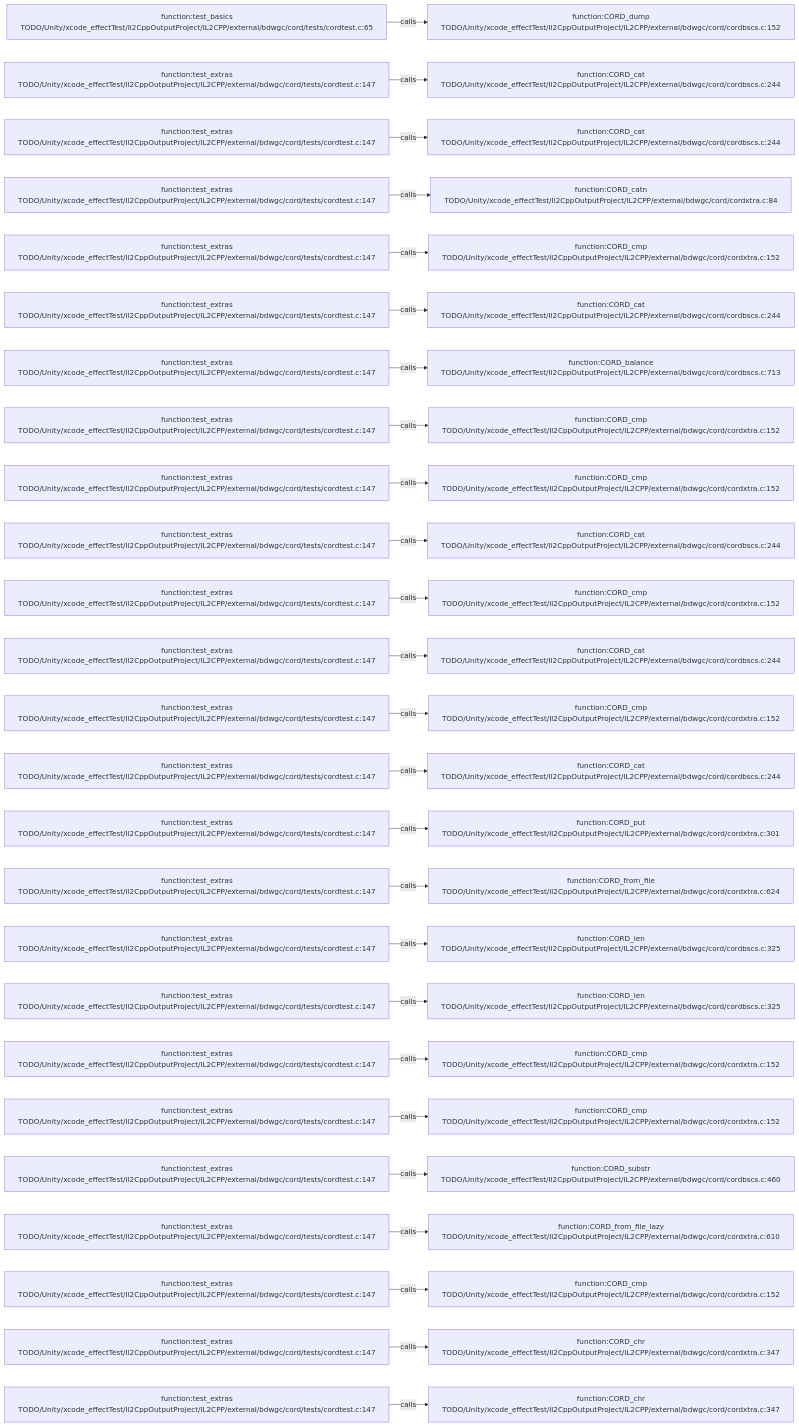
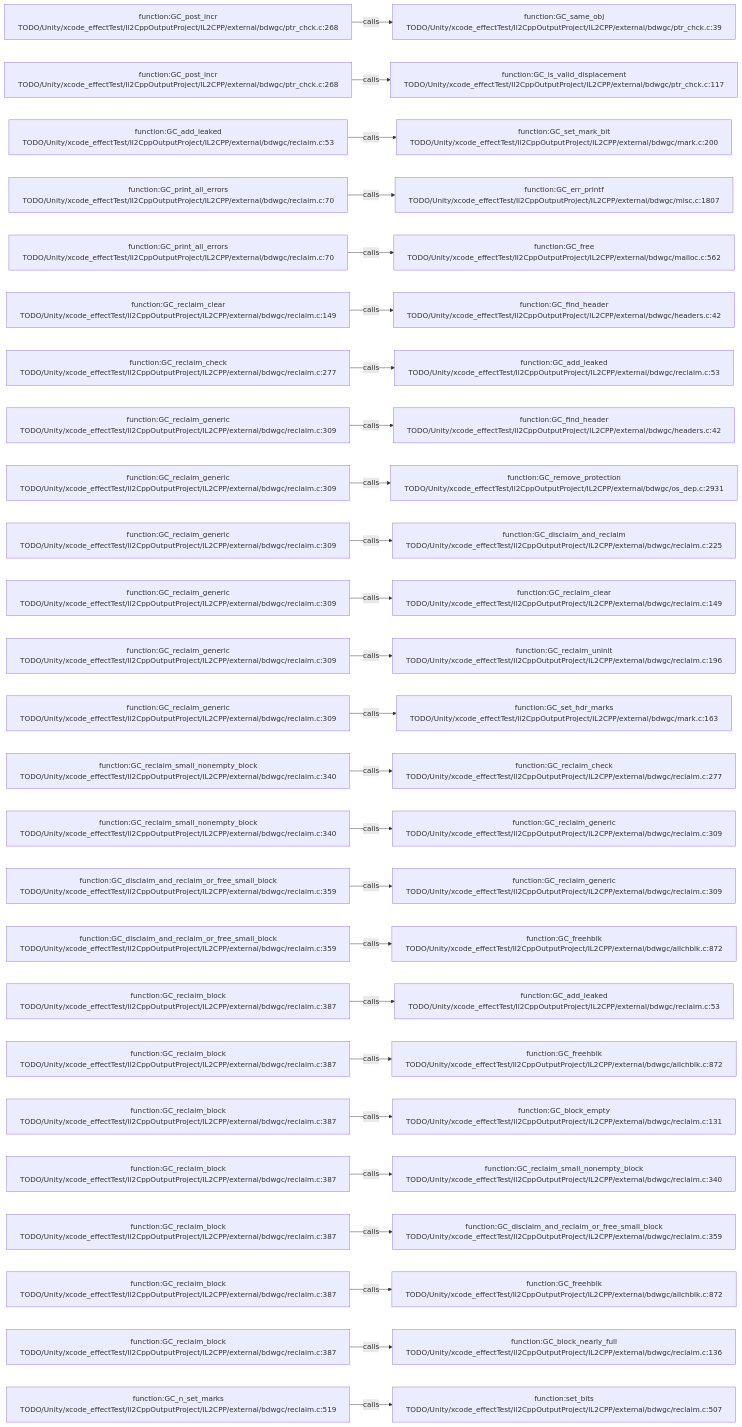
One commit to JobsKits/JobsSwiftBaseConfigDemo changed the diagram in .codegraph/codegraph.md/graphs/calls-157.md. Above: the diagram before and after it, drawn with Mermaid. The commit also changed 227 other files, not shown here.

````diff
--- a/.codegraph/codegraph.md/graphs/calls-157.md
+++ b/.codegraph/codegraph.md/graphs/calls-157.md
@@ -13,78 +13,78 @@
 ```mermaid
 flowchart LR
-  S1["function:test_basics<br/>TODO/Unity/xcode_effectTest/Il2CppOutputProject/IL2CPP/external/bdwgc/cord/tests/cordtest.c:65"]
-  T1["function:CORD_dump<br/>TODO/Unity/xcode_effectTest/Il2CppOutputProject/IL2CPP/external/bdwgc/cord/cordbscs.c:152"]
+  S1["function:GC_post_incr<br/>TODO/Unity/xcode_effectTest/Il2CppOutputProject/IL2CPP/external/bdwgc/ptr_chck.c:268"]
+  T1["function:GC_same_obj<br/>TODO/Unity/xcode_effectTest/Il2CppOutputProject/IL2CPP/external/bdwgc/ptr_chck.c:39"]
   S1 -->|calls| T1
-  S2["function:test_extras<br/>TODO/Unity/xcode_effectTest/Il2CppOutputProject/IL2CPP/external/bdwgc/cord/tests/cordtest.c:147"]
-  T2["function:CORD_cat<br/>TODO/Unity/xcode_effectTest/Il2CppOutputProject/IL2CPP/external/bdwgc/cord/cordbscs.c:244"]
+  S2["function:GC_post_incr<br/>TODO/Unity/xcode_effectTest/Il2CppOutputProject/IL2CPP/external/bdwgc/ptr_chck.c:268"]
+  T2["function:GC_is_valid_displacement<br/>TODO/Unity/xcode_effectTest/Il2CppOutputProject/IL2CPP/external/bdwgc/ptr_chck.c:117"]
   S2 -->|calls| T2
-  S3["function:test_extras<br/>TODO/Unity/xcode_effectTest/Il2CppOutputProject/IL2CPP/external/bdwgc/cord/tests/cordtest.c:147"]
-  T3["function:CORD_cat<br/>TODO/Unity/xcode_effectTest/Il2CppOutputProject/IL2CPP/external/bdwgc/cord/cordbscs.c:244"]
+  S3["function:GC_add_leaked<br/>TODO/Unity/xcode_effectTest/Il2CppOutputProject/IL2CPP/external/bdwgc/reclaim.c:53"]
+  T3["function:GC_set_mark_bit<br/>TODO/Unity/xcode_effectTest/Il2CppOutputProject/IL2CPP/external/bdwgc/mark.c:200"]
   S3 -->|calls| T3
-  S4["function:test_extras<br/>TODO/Unity/xcode_effectTest/Il2CppOutputProject/IL2CPP/external/bdwgc/cord/tests/cordtest.c:147"]
-  T4["function:CORD_catn<br/>TODO/Unity/xcode_effectTest/Il2CppOutputProject/IL2CPP/external/bdwgc/cord/cordxtra.c:84"]
+  S4["function:GC_print_all_errors<br/>TODO/Unity/xcode_effectTest/Il2CppOutputProject/IL2CPP/external/bdwgc/reclaim.c:70"]
+  T4["function:GC_err_printf<br/>TODO/Unity/xcode_effectTest/Il2CppOutputProject/IL2CPP/external/bdwgc/misc.c:1807"]
   S4 -->|calls| T4
-  S5["function:test_extras<br/>TODO/Unity/xcode_effectTest/Il2CppOutputProject/IL2CPP/external/bdwgc/cord/tests/cordtest.c:147"]
-  T5["function:CORD_cmp<br/>TODO/Unity/xcode_effectTest/Il2CppOutputProject/IL2CPP/external/bdwgc/cord/cordxtra.c:152"]
+  S5["function:GC_print_all_errors<br/>TODO/Unity/xcode_effectTest/Il2CppOutputProject/IL2CPP/external/bdwgc/reclaim.c:70"]
+  T5["function:GC_free<br/>TODO/Unity/xcode_effectTest/Il2CppOutputProject/IL2CPP/external/bdwgc/malloc.c:562"]
   S5 -->|calls| T5
-  S6["function:test_extras<br/>TODO/Unity/xcode_effectTest/Il2CppOutputProject/IL2CPP/external/bdwgc/cord/tests/cordtest.c:147"]
-  T6["function:CORD_cat<br/>TODO/Unity/xcode_effectTest/Il2CppOutputProject/IL2CPP/external/bdwgc/cord/cordbscs.c:244"]
+  S6["function:GC_reclaim_clear<br/>TODO/Unity/xcode_effectTest/Il2CppOutputProject/IL2CPP/external/bdwgc/reclaim.c:149"]
+  T6["function:GC_find_header<br/>TODO/Unity/xcode_effectTest/Il2CppOutputProject/IL2CPP/external/bdwgc/headers.c:42"]
   S6 -->|calls| T6
-  S7["function:test_extras<br/>TODO/Unity/xcode_effectTest/Il2CppOutputProject/IL2CPP/external/bdwgc/cord/tests/cordtest.c:147"]
-  T7["function:CORD_balance<br/>TODO/Unity/xcode_effectTest/Il2CppOutputProject/IL2CPP/external/bdwgc/cord/cordbscs.c:713"]
+  S7["function:GC_reclaim_check<br/>TODO/Unity/xcode_effectTest/Il2CppOutputProject/IL2CPP/external/bdwgc/reclaim.c:277"]
+  T7["function:GC_add_leaked<br/>TODO/Unity/xcode_effectTest/Il2CppOutputProject/IL2CPP/external/bdwgc/reclaim.c:53"]
   S7 -->|calls| T7
-  S8["function:test_extras<br/>TODO/Unity/xcode_effectTest/Il2CppOutputProject/IL2CPP/external/bdwgc/cord/tests/cordtest.c:147"]
-  T8["function:CORD_cmp<br/>TODO/Unity/xcode_effectTest/Il2CppOutputProject/IL2CPP/external/bdwgc/cord/cordxtra.c:152"]
+  S8["function:GC_reclaim_generic<br/>TODO/Unity/xcode_effectTest/Il2CppOutputProject/IL2CPP/external/bdwgc/reclaim.c:309"]
+  T8["function:GC_find_header<br/>TODO/Unity/xcode_effectTest/Il2CppOutputProject/IL2CPP/external/bdwgc/headers.c:42"]
   S8 -->|calls| T8
-  S9["function:test_extras<br/>TODO/Unity/xcode_effectTest/Il2CppOutputProject/IL2CPP/external/bdwgc/cord/tests/cordtest.c:147"]
-  T9["function:CORD_cmp<br/>TODO/Unity/xcode_effectTest/Il2CppOutputProject/IL2CPP/external/bdwgc/cord/cordxtra.c:152"]
+  S9["function:GC_reclaim_generic<br/>TODO/Unity/xcode_effectTest/Il2CppOutputProject/IL2CPP/external/bdwgc/reclaim.c:309"]
+  T9["function:GC_remove_protection<br/>TODO/Unity/xcode_effectTest/Il2CppOutputProject/IL2CPP/external/bdwgc/os_dep.c:2931"]
   S9 -->|calls| T9
-  S10["function:test_extras<br/>TODO/Unity/xcode_effectTest/Il2CppOutputProject/IL2CPP/external/bdwgc/cord/tests/cordtest.c:147"]
-  T10["function:CORD_cat<br/>TODO/Unity/xcode_effectTest/Il2CppOutputProject/IL2CPP/external/bdwgc/cord/cordbscs.c:244"]
+  S10["function:GC_reclaim_generic<br/>TODO/Unity/xcode_effectTest/Il2CppOutputProject/IL2CPP/external/bdwgc/reclaim.c:309"]
+  T10["function:GC_disclaim_and_reclaim<br/>TODO/Unity/xcode_effectTest/Il2CppOutputProject/IL2CPP/external/bdwgc/reclaim.c:225"]
   S10 -->|calls| T10
-  S11["function:test_extras<br/>TODO/Unity/xcode_effectTest/Il2CppOutputProject/IL2CPP/external/bdwgc/cord/tests/cordtest.c:147"]
-  T11["function:CORD_cmp<br/>TODO/Unity/xcode_effectTest/Il2CppOutputProject/IL2CPP/external/bdwgc/cord/cordxtra.c:152"]
+  S11["function:GC_reclaim_generic<br/>TODO/Unity/xcode_effectTest/Il2CppOutputProject/IL2CPP/external/bdwgc/reclaim.c:309"]
+  T11["function:GC_reclaim_clear<br/>TODO/Unity/xcode_effectTest/Il2CppOutputProject/IL2CPP/external/bdwgc/reclaim.c:149"]
   S11 -->|calls| T11
-  S12["function:test_extras<br/>TODO/Unity/xcode_effectTest/Il2CppOutputProject/IL2CPP/external/bdwgc/cord/tests/cordtest.c:147"]
-  T12["function:CORD_cat<br/>TODO/Unity/xcode_effectTest/Il2CppOutputProject/IL2CPP/external/bdwgc/cord/cordbscs.c:244"]
+  S12["function:GC_reclaim_generic<br/>TODO/Unity/xcode_effectTest/Il2CppOutputProject/IL2CPP/external/bdwgc/reclaim.c:309"]
+  T12["function:GC_reclaim_uninit<br/>TODO/Unity/xcode_effectTest/Il2CppOutputProject/IL2CPP/external/bdwgc/reclaim.c:196"]
   S12 -->|calls| T12
-  S13["function:test_extras<br/>TODO/Unity/xcode_effectTest/Il2CppOutputProject/IL2CPP/external/bdwgc/cord/tests/cordtest.c:147"]
-  T13["function:CORD_cmp<br/>TODO/Unity/xcode_effectTest/Il2CppOutputProject/IL2CPP/external/bdwgc/cord/cordxtra.c:152"]
+  S13["function:GC_reclaim_generic<br/>TODO/Unity/xcode_effectTest/Il2CppOutputProject/IL2CPP/external/bdwgc/reclaim.c:309"]
+  T13["function:GC_set_hdr_marks<br/>TODO/Unity/xcode_effectTest/Il2CppOutputProject/IL2CPP/external/bdwgc/mark.c:163"]
   S13 -->|calls| T13
-  S14["function:test_extras<br/>TODO/Unity/xcode_effectTest/Il2CppOutputProject/IL2CPP/external/bdwgc/cord/tests/cordtest.c:147"]
-  T14["function:CORD_cat<br/>TODO/Unity/xcode_effectTest/Il2CppOutputProject/IL2CPP/external/bdwgc/cord/cordbscs.c:244"]
+  S14["function:GC_reclaim_small_nonempty_block<br/>TODO/Unity/xcode_effectTest/Il2CppOutputProject/IL2CPP/external/bdwgc/reclaim.c:340"]
+  T14["function:GC_reclaim_check<br/>TODO/Unity/xcode_effectTest/Il2CppOutputProject/IL2CPP/external/bdwgc/reclaim.c:277"]
   S14 -->|calls| T14
-  S15["function:test_extras<br/>TODO/Unity/xcode_effectTest/Il2CppOutputProject/IL2CPP/external/bdwgc/cord/tests/cordtest.c:147"]
-  T15["function:CORD_put<br/>TODO/Unity/xcode_effectTest/Il2CppOutputProject/IL2CPP/external/bdwgc/cord/cordxtra.c:301"]
+  S15["function:GC_reclaim_small_nonempty_block<br/>TODO/Unity/xcode_effectTest/Il2CppOutputProject/IL2CPP/external/bdwgc/reclaim.c:340"]
+  T15["function:GC_reclaim_generic<br/>TODO/Unity/xcode_effectTest/Il2CppOutputProject/IL2CPP/external/bdwgc/reclaim.c:309"]
   S15 -->|calls| T15
-  S16["function:test_extras<br/>TODO/Unity/xcode_effectTest/Il2CppOutputProject/IL2CPP/external/bdwgc/cord/tests/cordtest.c:147"]
-  T16["function:CORD_from_file<br/>TODO/Unity/xcode_effectTest/Il2CppOutputProject/IL2CPP/external/bdwgc/cord/cordxtra.c:624"]
+  S16["function:GC_disclaim_and_reclaim_or_free_small_block<br/>TODO/Unity/xcode_effectTest/Il2CppOutputProject/IL2CPP/external/bdwgc/reclaim.c:359"]
+  T16["function:GC_reclaim_generic<br/>TODO/Unity/xcode_effectTest/Il2CppOutputProject/IL2CPP/external/bdwgc/reclaim.c:309"]
   S16 -->|calls| T16
-  S17["function:test_extras<br/>TODO/Unity/xcode_effectTest/Il2CppOutputProject/IL2CPP/external/bdwgc/cord/tests/cordtest.c:147"]
-  T17["function:CORD_len<br/>TODO/Unity/xcode_effectTest/Il2CppOutputProject/IL2CPP/external/bdwgc/cord/cordbscs.c:325"]
+  S17["function:GC_disclaim_and_reclaim_or_free_small_block<br/>TODO/Unity/xcode_effectTest/Il2CppOutputProject/IL2CPP/external/bdwgc/reclaim.c:359"]
+  T17["function:GC_freehblk<br/>TODO/Unity/xcode_effectTest/Il2CppOutputProject/IL2CPP/external/bdwgc/allchblk.c:872"]
   S17 -->|calls| T17
-  S18["function:test_extras<br/>TODO/Unity/xcode_effectTest/Il2CppOutputProject/IL2CPP/external/bdwgc/cord/tests/cordtest.c:147"]
-  T18["function:CORD_len<br/>TODO/Unity/xcode_effectTest/Il2CppOutputProject/IL2CPP/external/bdwgc/cord/cordbscs.c:325"]
+  S18["function:GC_reclaim_block<br/>TODO/Unity/xcode_effectTest/Il2CppOutputProject/IL2CPP/external/bdwgc/reclaim.c:387"]
+  T18["function:GC_add_leaked<br/>TODO/Unity/xcode_effectTest/Il2CppOutputProject/IL2CPP/external/bdwgc/reclaim.c:53"]
   S18 -->|calls| T18
-  S19["function:test_extras<br/>TODO/Unity/xcode_effectTest/Il2CppOutputProject/IL2CPP/external/bdwgc/cord/tests/cordtest.c:147"]
-  T19["function:CORD_cmp<br/>TODO/Unity/xcode_effectTest/Il2CppOutputProject/IL2CPP/external/bdwgc/cord/cordxtra.c:152"]
+  S19["function:GC_reclaim_block<br/>TODO/Unity/xcode_effectTest/Il2CppOutputProject/IL2CPP/external/bdwgc/reclaim.c:387"]
+  T19["function:GC_freehblk<br/>TODO/Unity/xcode_effectTest/Il2CppOutputProject/IL2CPP/external/bdwgc/allchblk.c:872"]
   S19 -->|calls| T19
-  S20["function:test_extras<br/>TODO/Unity/xcode_effectTest/Il2CppOutputProject/IL2CPP/external/bdwgc/cord/tests/cordtest.c:147"]
-  T20["function:CORD_cmp<br/>TODO/Unity/xcode_effectTest/Il2CppOutputProject/IL2CPP/external/bdwgc/cord/cordxtra.c:152"]
+  S20["function:GC_reclaim_block<br/>TODO/Unity/xcode_effectTest/Il2CppOutputProject/IL2CPP/external/bdwgc/reclaim.c:387"]
+  T20["function:GC_block_empty<br/>TODO/Unity/xcode_effectTest/Il2CppOutputProject/IL2CPP/external/bdwgc/reclaim.c:131"]
   S20 -->|calls| T20
-  S21["function:test_extras<br/>TODO/Unity/xcode_effectTest/Il2CppOutputProject/IL2CPP/external/bdwgc/cord/tests/cordtest.c:147"]
-  T21["function:CORD_substr<br/>TODO/Unity/xcode_effectTest/Il2CppOutputProject/IL2CPP/external/bdwgc/cord/cordbscs.c:460"]
+  S21["function:GC_reclaim_block<br/>TODO/Unity/xcode_effectTest/Il2CppOutputProject/IL2CPP/external/bdwgc/reclaim.c:387"]
+  T21["function:GC_reclaim_small_nonempty_block<br/>TODO/Unity/xcode_effectTest/Il2CppOutputProject/IL2CPP/external/bdwgc/reclaim.c:340"]
   S21 -->|calls| T21
-  S22["function:test_extras<br/>TODO/Unity/xcode_effectTest/Il2CppOutputProject/IL2CPP/external/bdwgc/cord/tests/cordtest.c:147"]
-  T22["function:CORD_from_file_lazy<br/>TODO/Unity/xcode_effectTest/Il2CppOutputProject/IL2CPP/external/bdwgc/cord/cordxtra.c:610"]
+  S22["function:GC_reclaim_block<br/>TODO/Unity/xcode_effectTest/Il2CppOutputProject/IL2CPP/external/bdwgc/reclaim.c:387"]
+  T22["function:GC_disclaim_and_reclaim_or_free_small_block<br/>TODO/Unity/xcode_effectTest/Il2CppOutputProject/IL2CPP/external/bdwgc/reclaim.c:359"]
   S22 -->|calls| T22
-  S23["function:test_extras<br/>TODO/Unity/xcode_effectTest/Il2CppOutputProject/IL2CPP/external/bdwgc/cord/tests/cordtest.c:147"]
-  T23["function:CORD_cmp<br/>TODO/Unity/xcode_effectTest/Il2CppOutputProject/IL2CPP/external/bdwgc/cord/cordxtra.c:152"]
+  S23["function:GC_reclaim_block<br/>TODO/Unity/xcode_effectTest/Il2CppOutputProject/IL2CPP/external/bdwgc/reclaim.c:387"]
+  T23["function:GC_freehblk<br/>TODO/Unity/xcode_effectTest/Il2CppOutputProject/IL2CPP/external/bdwgc/allchblk.c:872"]
   S23 -->|calls| T23
-  S24["function:test_extras<br/>TODO/Unity/xcode_effectTest/Il2CppOutputProject/IL2CPP/external/bdwgc/cord/tests/cordtest.c:147"]
-  T24["function:CORD_chr<br/>TODO/Unity/xcode_effectTest/Il2CppOutputProject/IL2CPP/external/bdwgc/cord/cordxtra.c:347"]
+  S24["function:GC_reclaim_block<br/>TODO/Unity/xcode_effectTest/Il2CppOutputProject/IL2CPP/external/bdwgc/reclaim.c:387"]
+  T24["function:GC_block_nearly_full<br/>TODO/Unity/xcode_effectTest/Il2CppOutputProject/IL2CPP/external/bdwgc/reclaim.c:136"]
   S24 -->|calls| T24
-  S25["function:test_extras<br/>TODO/Unity/xcode_effectTest/Il2CppOutputProject/IL2CPP/external/bdwgc/cord/tests/cordtest.c:147"]
-  T25["function:CORD_chr<br/>TODO/Unity/xcode_effectTest/Il2CppOutputProject/IL2CPP/external/bdwgc/cord/cordxtra.c:347"]
+  S25["function:GC_n_set_marks<br/>TODO/Unity/xcode_effectTest/Il2CppOutputProject/IL2CPP/external/bdwgc/reclaim.c:519"]
+  T25["function:set_bits<br/>TODO/Unity/xcode_effectTest/Il2CppOutputProject/IL2CPP/external/bdwgc/reclaim.c:507"]
   S25 -->|calls| T25
 ```
````
